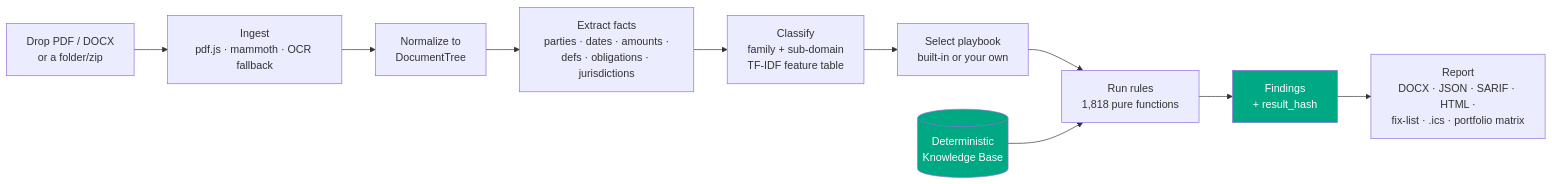
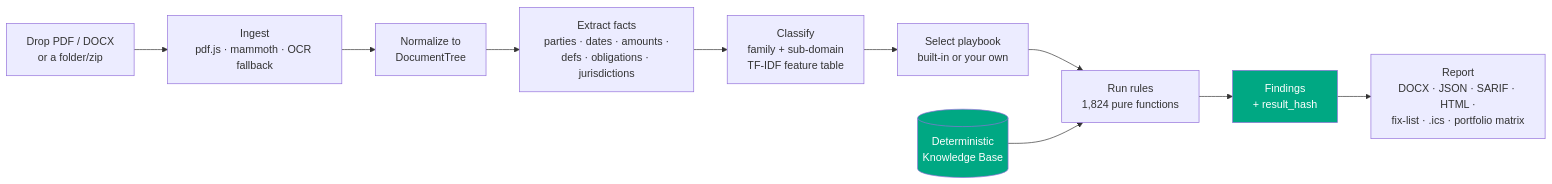
The first of 11 diagrams in README.md (clay-good/vaulytica), drawn with Mermaid before and after one commit. The commit also changed other lines of this file and 378 other files, not shown here.

````diff
--- a/README.md
+++ b/README.md
@@ -27,14 +27,14 @@
 ```mermaid
 flowchart LR
   A[Drop PDF / DOCX<br/>or a folder/zip] --> B[Ingest<br/>pdf.js · mammoth · OCR fallback]
   B --> C[Normalize to<br/>DocumentTree]
   C --> D[Extract facts<br/>parties · dates · amounts ·<br/>defs · obligations · jurisdictions]
   D --> E[Classify<br/>family + sub-domain<br/>TF-IDF feature table]
   E --> F[Select playbook<br/>built-in or your own]
-  F --> G[Run rules<br/>1,818 pure functions]
+  F --> G[Run rules<br/>1,824 pure functions]
   G --> H[Findings<br/>+ result_hash]
   H --> I[Report<br/>DOCX · JSON · SARIF · HTML ·<br/>fix-list · .ics · portfolio matrix]
   K[(Deterministic<br/>Knowledge Base)] --> G
   style K fill:#00A883,color:#fff
   style H fill:#00A883,color:#fff
 ```
````
